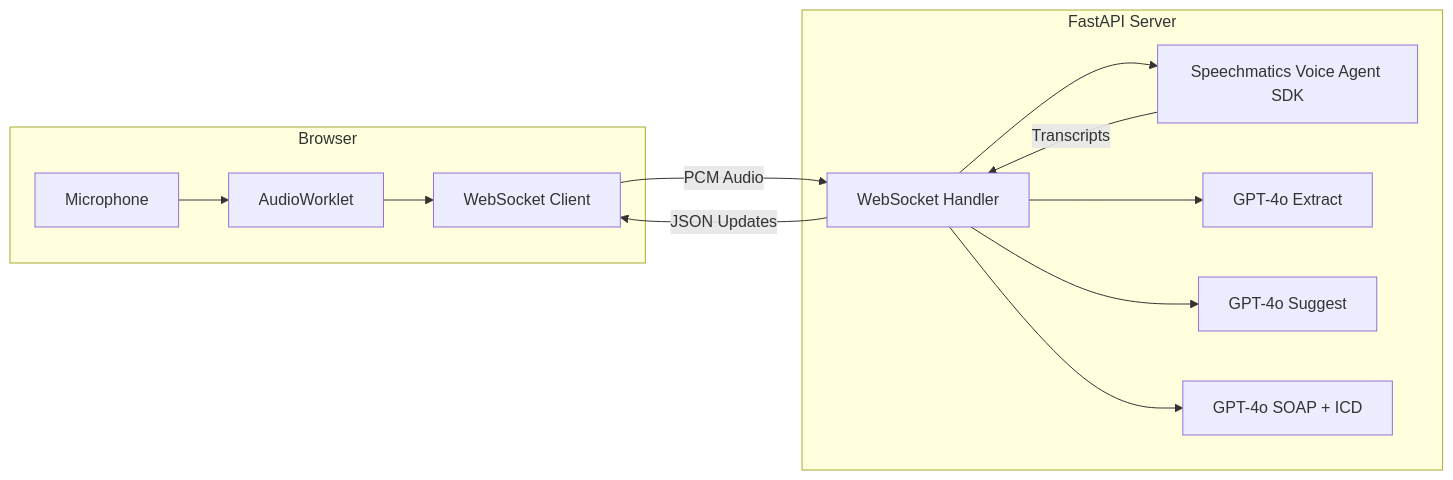
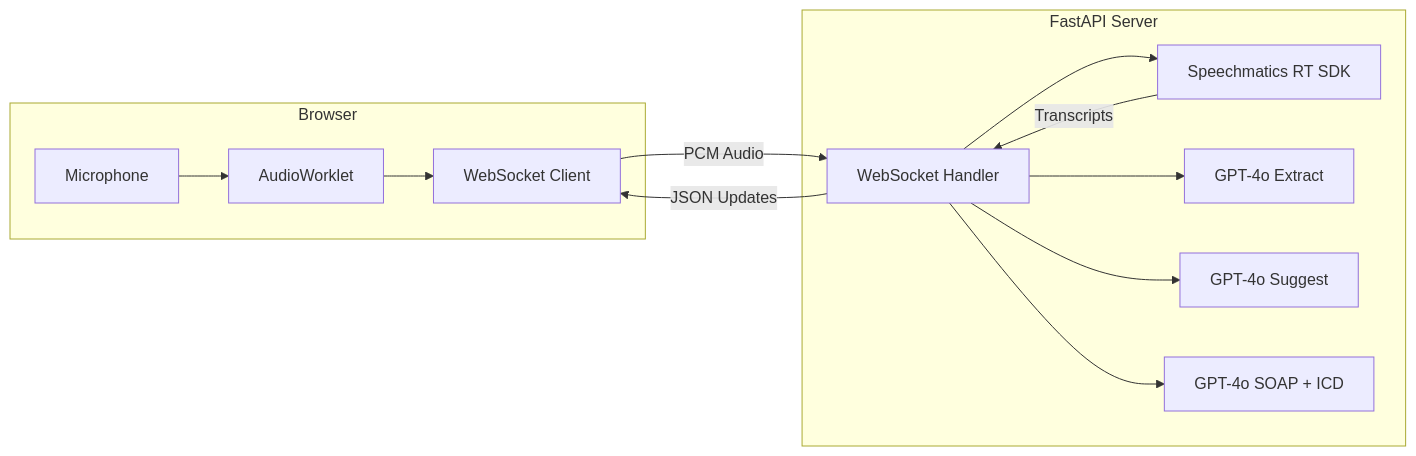
The diagram in use-cases/06-medical-assistant/README.md (speechmatics/speechmatics-academy), drawn with Mermaid before and after one commit. The commit also changed other lines of this file and 5 other files, not shown here.

First line of the commit message:
Migrates to Speechmatics RT SDK

````diff
--- a/use-cases/06-medical-assistant/README.md
+++ b/use-cases/06-medical-assistant/README.md
@@ -86,18 +87,18 @@
 ```mermaid
 flowchart LR
     subgraph Browser
         MIC[Microphone] --> AW[AudioWorklet]
         AW --> WS_CLIENT[WebSocket Client]
     end
 
     subgraph FastAPI Server
-        WS_SERVER[WebSocket Handler] --> SM[Speechmatics Voice Agent SDK]
+        WS_SERVER[WebSocket Handler] --> SM[Speechmatics RT SDK]
         WS_SERVER --> GPT_EXTRACT[GPT-4o Extract]
         WS_SERVER --> GPT_SUGGEST[GPT-4o Suggest]
         WS_SERVER --> GPT_SOAP[GPT-4o SOAP + ICD]
     end
 
     WS_CLIENT -- PCM Audio --> WS_SERVER
     SM -- Transcripts --> WS_SERVER
     WS_SERVER -- JSON Updates --> WS_CLIENT
 ```
````
